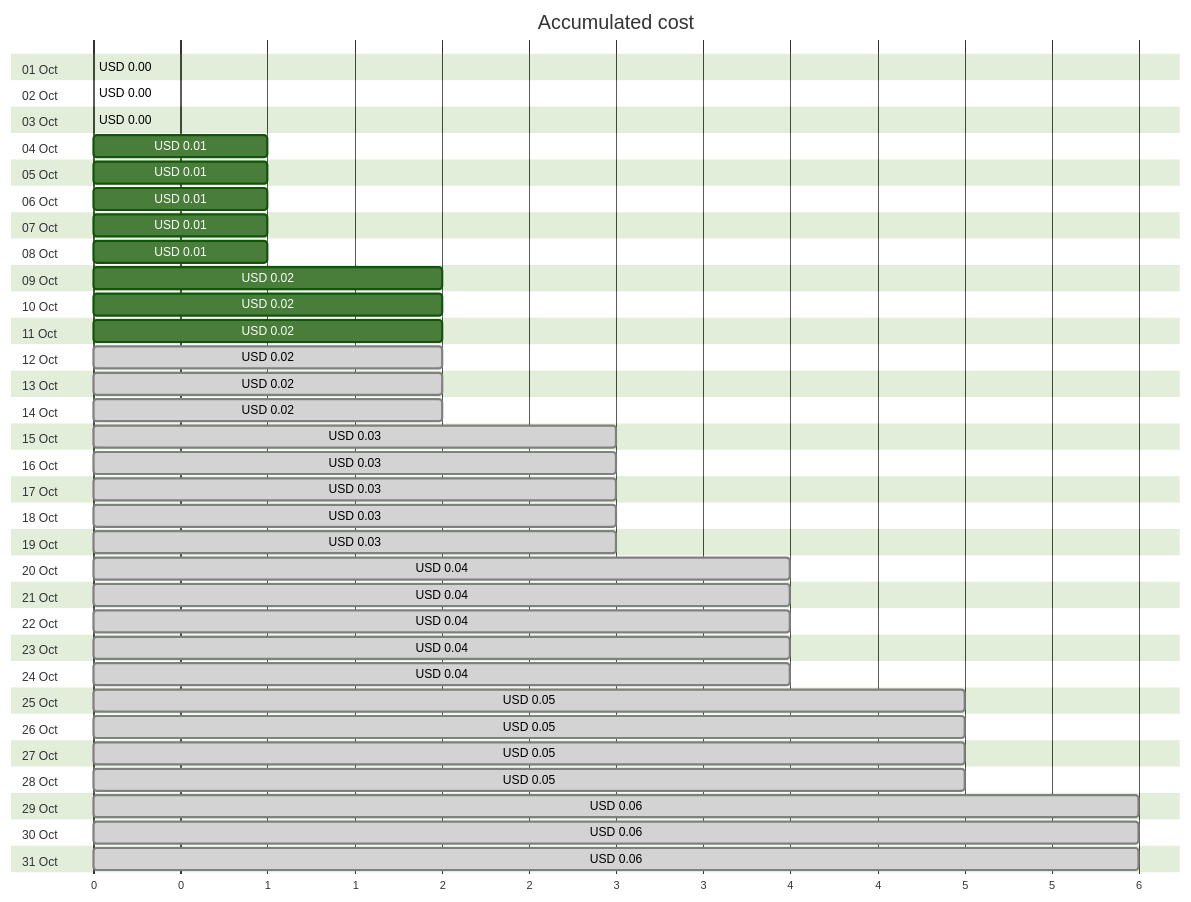
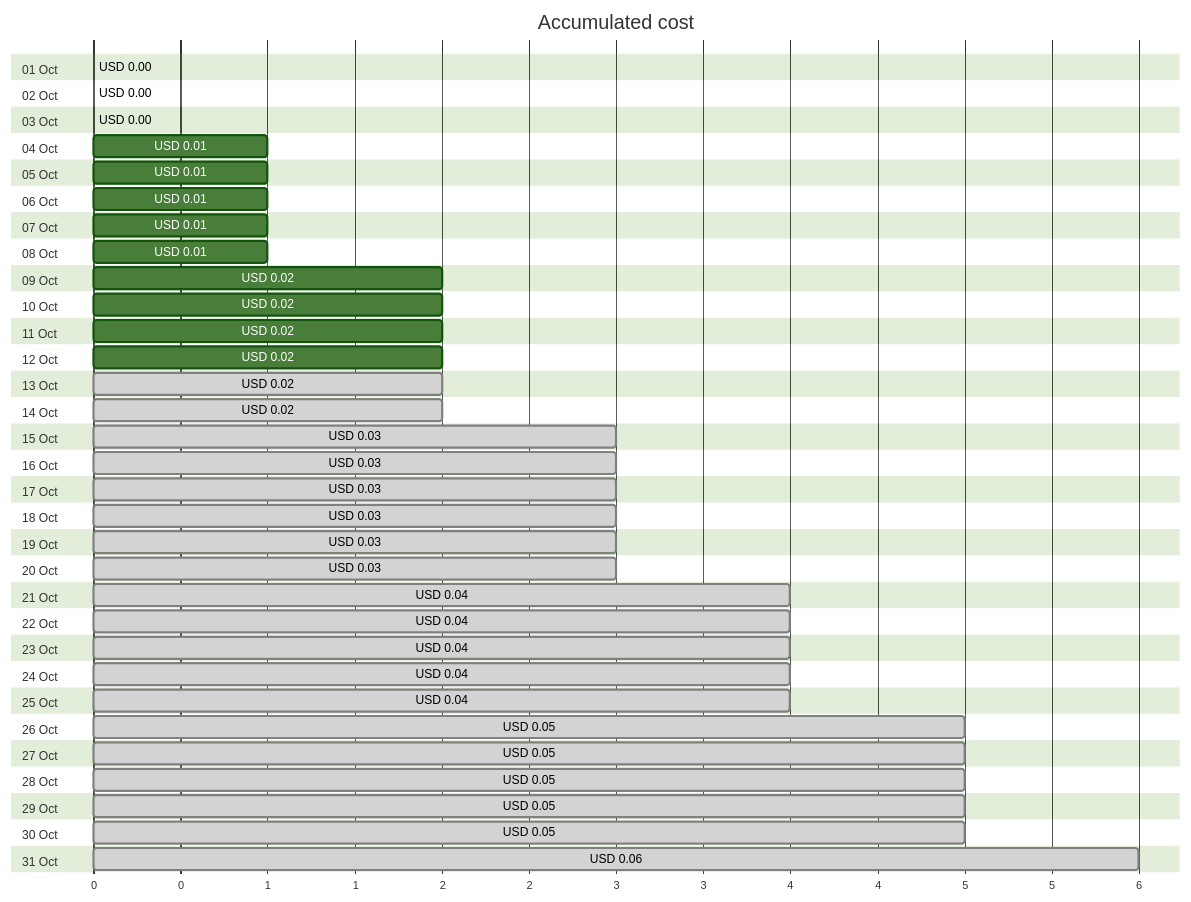
One commit to jpfulton/azure-personal-reports changed the first of 4 diagrams in cost-reports/personal-site/personalsiteapistorage.md. Above: the diagram before and after it, drawn with Mermaid (forest theme). The commit also changed other lines of this file and 7 other files, not shown here.

````diff
--- a/cost-reports/personal-site/personalsiteapistorage.md
+++ b/cost-reports/personal-site/personalsiteapistorage.md
@@ -20,68 +20,68 @@
 ```mermaid
 gantt
    title Accumulated cost
    dateFormat  X
    axisFormat %s
    section 01 Oct
    USD 0.00 :0, 0
    section 02 Oct
    USD 0.00 :0, 0
    section 03 Oct
    USD 0.00 :0, 0
    section 04 Oct
    USD 0.01 :0, 1
    section 05 Oct
    USD 0.01 :0, 1
    section 06 Oct
    USD 0.01 :0, 1
    section 07 Oct
    USD 0.01 :0, 1
    section 08 Oct
    USD 0.01 :0, 1
    section 09 Oct
    USD 0.02 :0, 2
    section 10 Oct
    USD 0.02 :0, 2
    section 11 Oct
    USD 0.02 :0, 2
    section 12 Oct
-   USD 0.02 : done, 0, 2
+   USD 0.02 :0, 2
    section 13 Oct
    USD 0.02 : done, 0, 2
    section 14 Oct
    USD 0.02 : done, 0, 2
    section 15 Oct
    USD 0.03 : done, 0, 3
    section 16 Oct
    USD 0.03 : done, 0, 3
    section 17 Oct
    USD 0.03 : done, 0, 3
    section 18 Oct
    USD 0.03 : done, 0, 3
    section 19 Oct
    USD 0.03 : done, 0, 3
    section 20 Oct
-   USD 0.04 : done, 0, 4
+   USD 0.03 : done, 0, 3
    section 21 Oct
    USD 0.04 : done, 0, 4
    section 22 Oct
    USD 0.04 : done, 0, 4
    section 23 Oct
    USD 0.04 : done, 0, 4
    section 24 Oct
    USD 0.04 : done, 0, 4
    section 25 Oct
-   USD 0.05 : done, 0, 5
+   USD 0.04 : done, 0, 4
    section 26 Oct
    USD 0.05 : done, 0, 5
    section 27 Oct
    USD 0.05 : done, 0, 5
    section 28 Oct
    USD 0.05 : done, 0, 5
    section 29 Oct
-   USD 0.06 : done, 0, 6
+   USD 0.05 : done, 0, 5
    section 30 Oct
-   USD 0.06 : done, 0, 6
+   USD 0.05 : done, 0, 5
    section 31 Oct
    USD 0.06 : done, 0, 6
 ```
````
